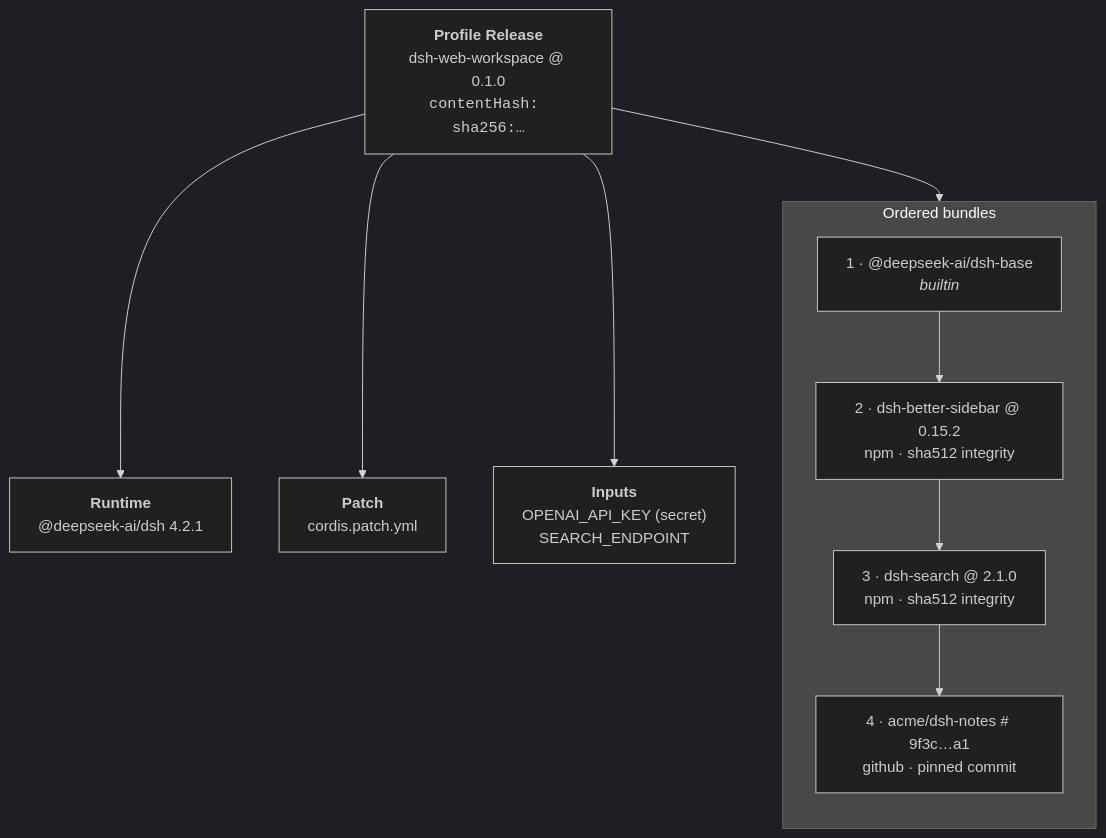
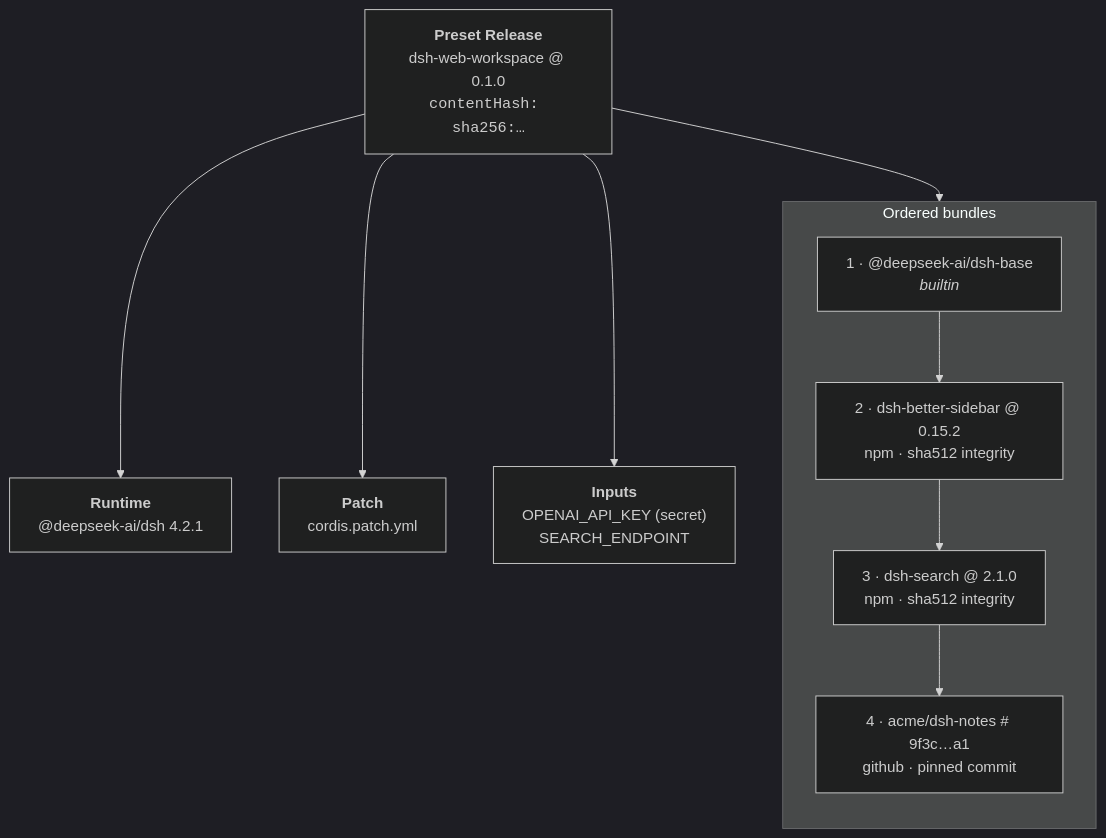
The second of 5 diagrams in README.md (pax-beehive/dsh-hub-cli), drawn with Mermaid (dark theme) before and after one commit. The commit also changed other lines of this file and 17 other files, not shown here.

First line of the commit message:
feat: add dsh-hub sync and unify Preset terminology (#13)

````diff
--- a/README.md
+++ b/README.md
@@ -86,19 +86,19 @@
 ```mermaid
 flowchart TB
-    R["<b>Profile Release</b><br/>dsh-web-workspace @ 0.1.0<br/><code>contentHash: sha256:…</code>"]
+    R["<b>Preset Release</b><br/>dsh-web-workspace @ 0.1.0<br/><code>contentHash: sha256:…</code>"]
     RT["<b>Runtime</b><br/>@deepseek-ai/dsh 4.2.1"]
     P["<b>Patch</b><br/>cordis.patch.yml"]
     I["<b>Inputs</b><br/>OPENAI_API_KEY (secret)<br/>SEARCH_ENDPOINT"]
     subgraph B["Ordered bundles"]
         direction TB
         B1["1 · @deepseek-ai/dsh-base<br/><i>builtin</i>"]
         B2["2 · dsh-better-sidebar @ 0.15.2<br/>npm · sha512 integrity"]
         B3["3 · dsh-search @ 2.1.0<br/>npm · sha512 integrity"]
         B4["4 · acme/dsh-notes # 9f3c…a1<br/>github · pinned commit"]
         B1 --> B2 --> B3 --> B4
     end
     R --> RT
     R --> B
     R --> P
     R --> I
 ```
````
